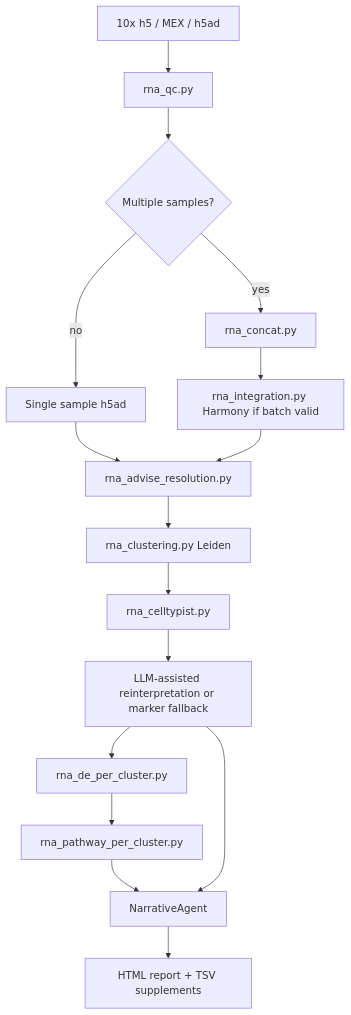
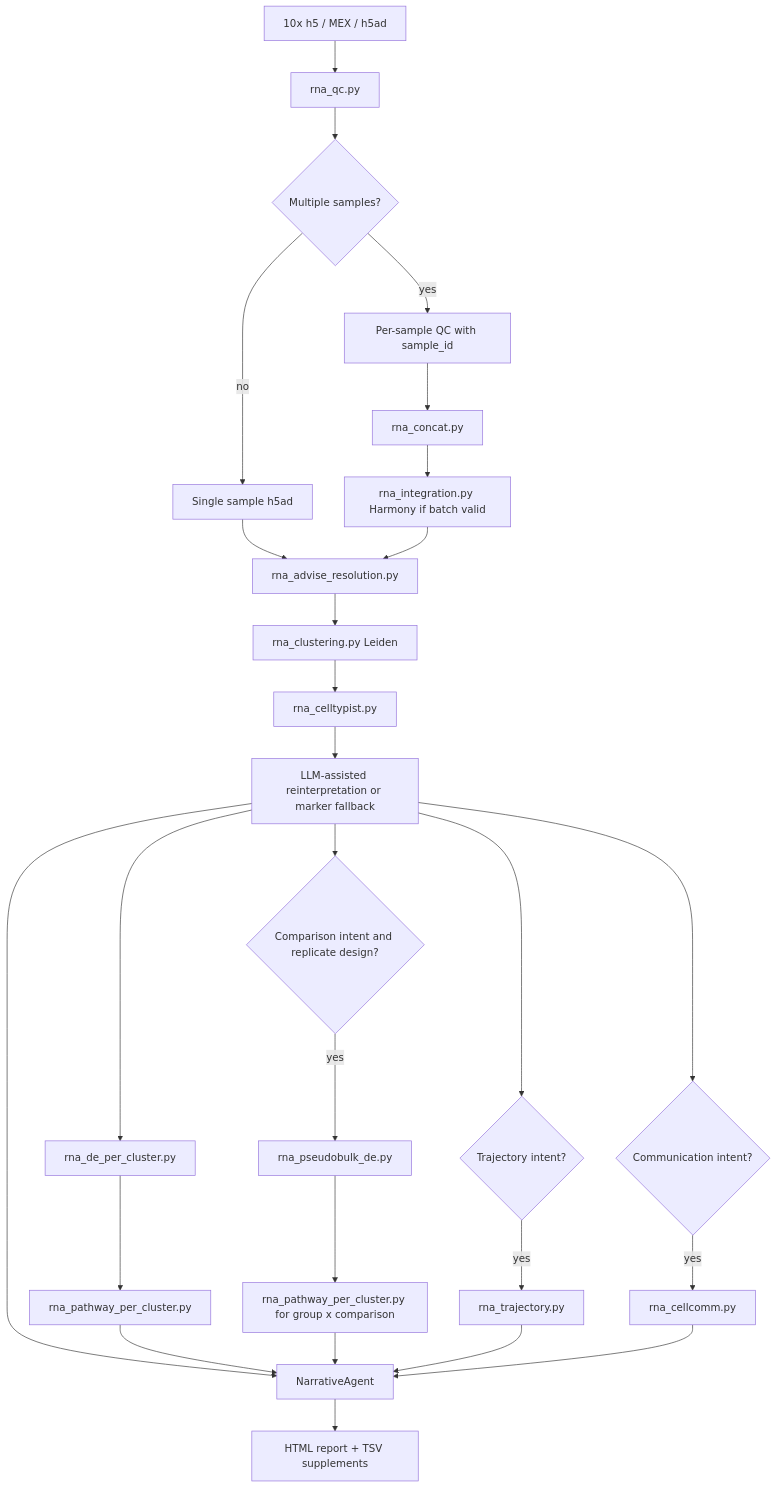
One commit to Olascoaga/aria-omics changed the diagram in docs/workflows/scrna.md. Above: the diagram before and after it, drawn with Mermaid. The commit also changed other lines of this file and 8 other files, not shown here.

Commit message:
Align documentation diagrams with agent flow

````diff
--- a/docs/workflows/scrna.md
+++ b/docs/workflows/scrna.md
@@ -24,18 +24,29 @@
 ```mermaid
 flowchart TD
     I[10x h5 / MEX / h5ad] --> QC[rna_qc.py]
     QC --> C{Multiple samples?}
-    C -->|yes| CONCAT[rna_concat.py]
+    C -->|yes| PS[Per-sample QC with sample_id]
+    PS --> CONCAT[rna_concat.py]
     C -->|no| ONE[Single sample h5ad]
     CONCAT --> INT[rna_integration.py Harmony if batch valid]
     ONE --> ADV[rna_advise_resolution.py]
     INT --> ADV
     ADV --> CLUST[rna_clustering.py Leiden]
     CLUST --> CT[rna_celltypist.py]
     CT --> ANNO[LLM-assisted reinterpretation or marker fallback]
     ANNO --> DE[rna_de_per_cluster.py]
     DE --> ORA[rna_pathway_per_cluster.py]
-    ORA --> N[NarrativeAgent]
-    ANNO --> N
+    ANNO --> PB{Comparison intent and replicate design?}
+    PB -->|yes| PBD[rna_pseudobulk_de.py]
+    PBD --> PBORA[rna_pathway_per_cluster.py for group x comparison]
+    ANNO --> TR{Trajectory intent?}
+    TR -->|yes| TRAJ[rna_trajectory.py]
+    ANNO --> CC{Communication intent?}
+    CC -->|yes| LIANA[rna_cellcomm.py]
+    ANNO --> N[NarrativeAgent]
+    ORA --> N
+    PBORA --> N
+    TRAJ --> N
+    LIANA --> N
     N --> R[HTML report + TSV supplements]
 ```
````
